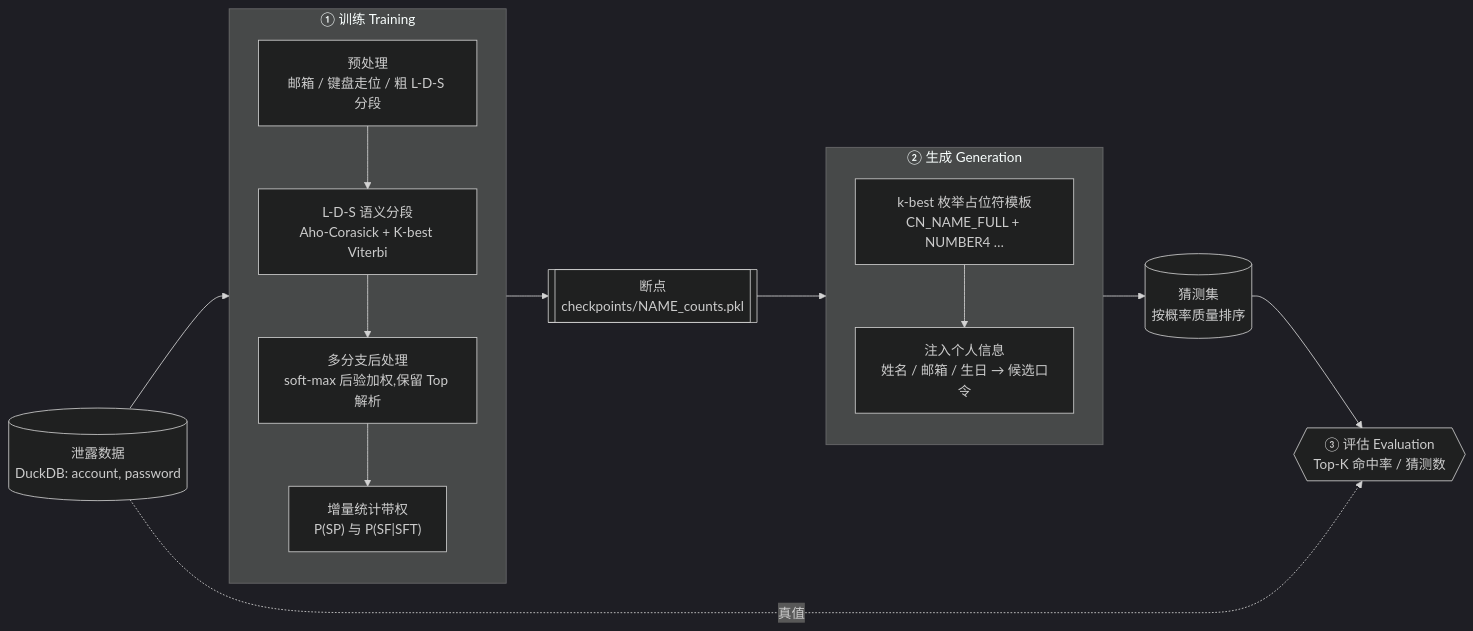
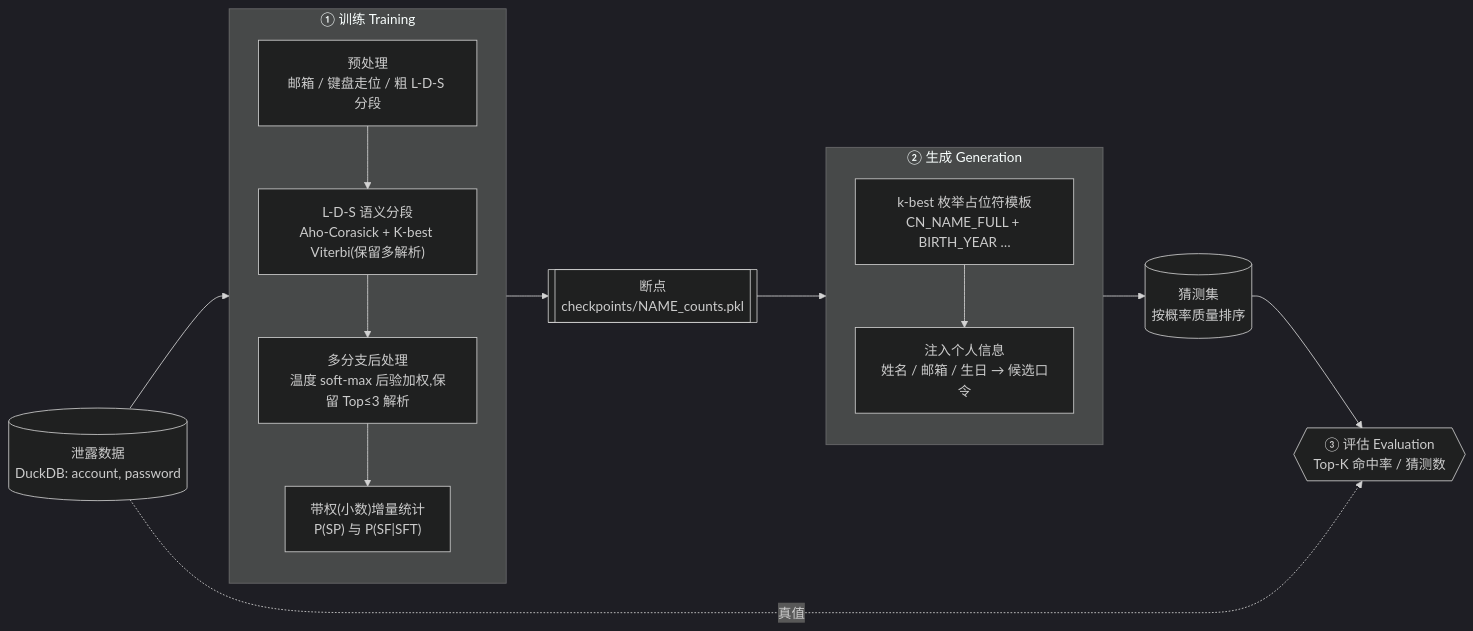
The diagram in README.md (yiyangshen04/sepcfg), drawn with Mermaid (dark theme) before and after one commit. The commit also changed other lines of this file, not shown here.

````diff
--- a/README.md
+++ b/README.md
@@ -53,25 +170,25 @@
 ```mermaid
 flowchart LR
     A[("泄露数据<br/>DuckDB: account, password")] --> B
 
     subgraph TRAIN["① 训练 Training"]
         direction TB
         B["预处理<br/>邮箱 / 键盘走位 / 粗 L-D-S 分段"]
-        B --> C["L-D-S 语义分段<br/>Aho-Corasick + K-best Viterbi"]
-        C --> D["多分支后处理<br/>soft-max 后验加权,保留 Top 解析"]
-        D --> E["增量统计带权<br/>P(SP) 与 P(SF|SFT)"]
+        B --> C["L-D-S 语义分段<br/>Aho-Corasick + K-best Viterbi(保留多解析)"]
+        C --> D["多分支后处理<br/>温度 soft-max 后验加权,保留 Top≤3 解析"]
+        D --> E["带权(小数)增量统计<br/>P(SP) 与 P(SF|SFT)"]
     end
 
     E --> F[["断点<br/>checkpoints/NAME_counts.pkl"]]
 
     subgraph GEN["② 生成 Generation"]
         direction TB
-        G["k-best 枚举占位符模板<br/>CN_NAME_FULL + NUMBER4 …"]
+        G["k-best 枚举占位符模板<br/>CN_NAME_FULL + BIRTH_YEAR …"]
         G --> H["注入个人信息<br/>姓名 / 邮箱 / 生日 → 候选口令"]
     end
 
     F --> G
     H --> I[("猜测集<br/>按概率质量排序")]
     I --> J{{"③ 评估 Evaluation<br/>Top-K 命中率 / 猜测数"}}
     A -.真值.-> J
 ```
````
